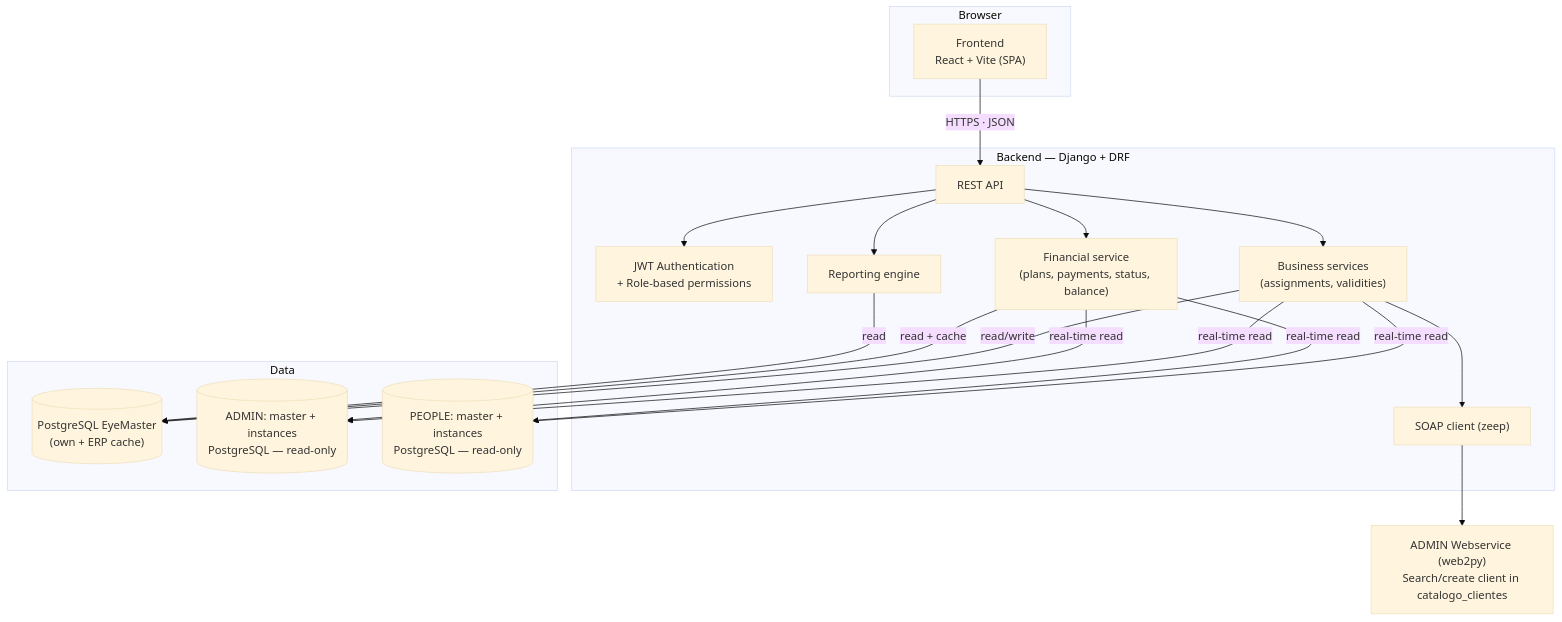
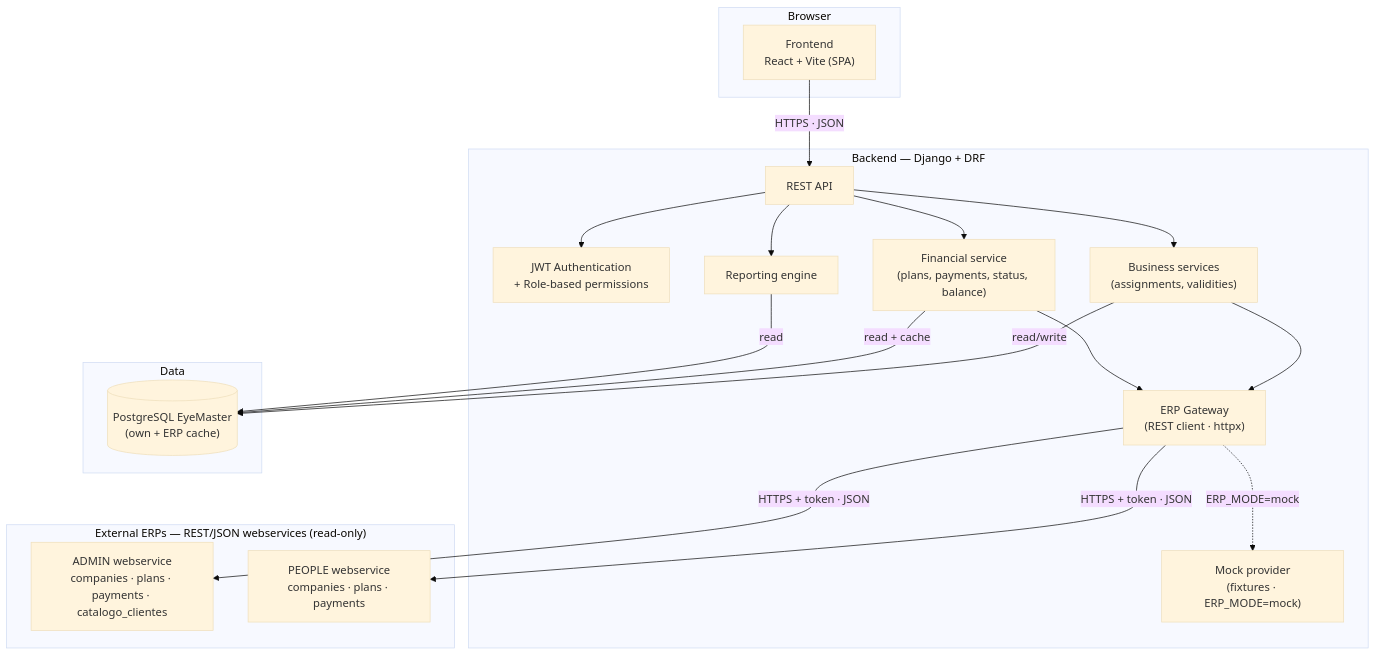
The second of 8 diagrams in documentacion-funcional.md (LIDR-academy/AI4Devs-finalproject), drawn with Mermaid (base theme) before and after one commit. The commit also changed other lines of this file and 300 other files, not shown here.

````diff
--- a/documentacion-funcional.md
+++ b/documentacion-funcional.md
@@ -212,35 +214,36 @@
 ```mermaid
 flowchart TB
     subgraph NAV["Browser"]
         SPA["Frontend<br/>React + Vite (SPA)"]
     end
     subgraph BACK["Backend — Django + DRF"]
         API["REST API"]
         AUTH["JWT Authentication<br/>+ Role-based permissions"]
         BIZ["Business services<br/>(assignments, validities)"]
         FIN["Financial service<br/>(plans, payments, status, balance)"]
         REP["Reporting engine"]
-        SOAP["SOAP client (zeep)"]
+        GW["ERP Gateway<br/>(REST client · httpx)"]
+        MOCK["Mock provider<br/>(fixtures · ERP_MODE=mock)"]
     end
     subgraph DB["Data"]
         LOCAL[("PostgreSQL EyeMaster<br/>(own + ERP cache)")]
-        ADB[("ADMIN: master + instances<br/>PostgreSQL — read-only")]
-        PDB[("PEOPLE: master + instances<br/>PostgreSQL — read-only")]
     end
-    WS["ADMIN Webservice (web2py)<br/>Search/create client in catalogo_clientes"]
+    subgraph ERP["External ERPs — REST/JSON webservices (read-only)"]
+        AWS["ADMIN webservice<br/>companies · plans · payments · catalogo_clientes"]
+        PWS["PEOPLE webservice<br/>companies · plans · payments"]
+    end
 
     SPA -->|"HTTPS · JSON"| API
     API --> AUTH
     API --> BIZ
     API --> FIN
     API --> REP
     BIZ -->|"read/write"| LOCAL
     FIN -->|"read + cache"| LOCAL
     REP -->|"read"| LOCAL
-    BIZ -->|"real-time read"| ADB
-    BIZ -->|"real-time read"| PDB
-    FIN -->|"real-time read"| ADB
-    FIN -->|"real-time read"| PDB
-    BIZ --> SOAP
-    SOAP --> WS
+    BIZ --> GW
+    FIN --> GW
+    GW -.->|"ERP_MODE=mock"| MOCK
+    GW -->|"HTTPS + token · JSON"| AWS
+    GW -->|"HTTPS + token · JSON"| PWS
 ```
````
